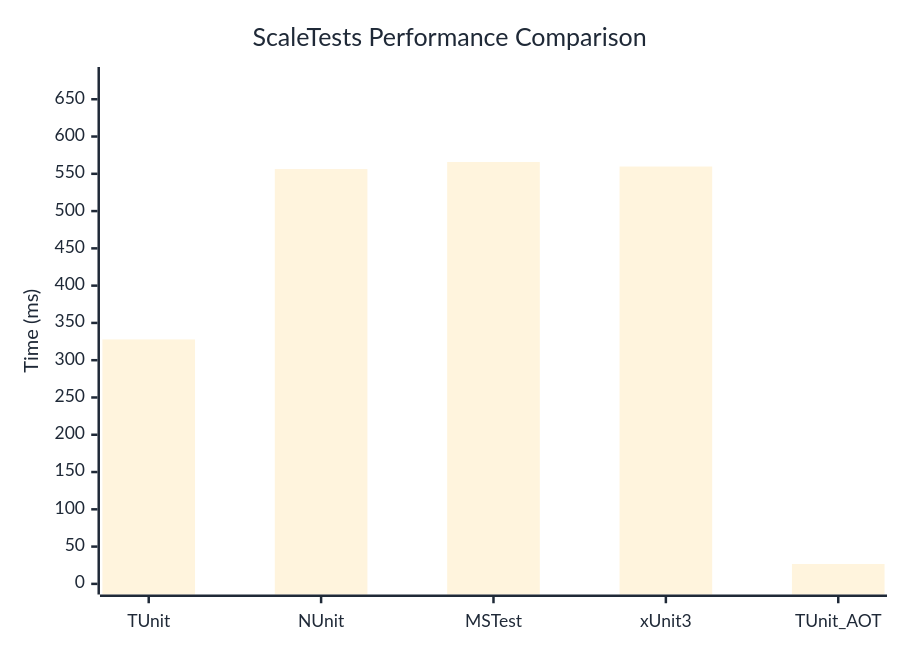
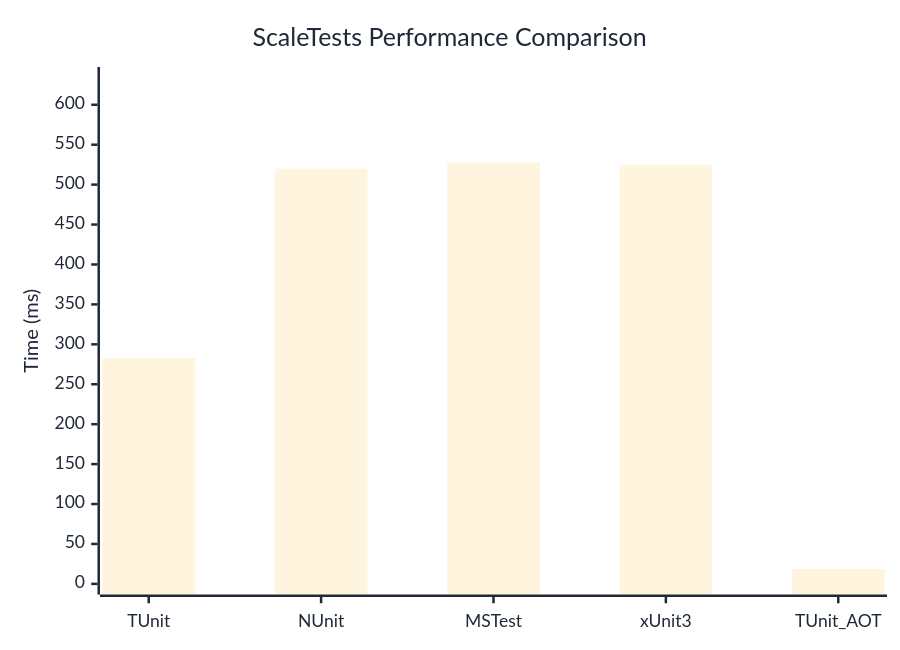
Before and after one commit to thomhurst/TUnit: the diagram in docs/docs/benchmarks/engine/ScaleTests.md, drawn with Mermaid. The commit also changed other lines of this file and 17 other files, not shown here.

````diff
--- a/docs/docs/benchmarks/engine/ScaleTests.md
+++ b/docs/docs/benchmarks/engine/ScaleTests.md
@@ -29,37 +29,37 @@
 ```mermaid
 %%{init: {
   'theme':'base',
   'themeVariables': {
     'primaryColor': '#2563eb',
     'primaryTextColor': '#1f2937',
     'primaryBorderColor': '#1e40af',
     'lineColor': '#6b7280',
     'secondaryColor': '#7c3aed',
     'tertiaryColor': '#dc2626',
     'background': '#ffffff',
     'mainBkg': '#2563eb',
     'secondBkg': '#7c3aed',
     'tertiaryBkg': '#dc2626',
     'clusterBkg': '#f3f4f6',
     'edgeLabelBackground': '#ffffff',
     'tertiaryTextColor': '#1f2937',
     'pie1': '#2563eb',
     'pie2': '#7c3aed',
     'pie3': '#dc2626',
     'pie4': '#f59e0b',
     'pie5': '#10b981',
     'pie6': '#06b6d4',
     'pie7': '#ec4899',
     'pie8': '#6366f1',
     'pie9': '#84cc16',
     'pie10': '#f97316',
     'pie11': '#14b8a6',
     'pie12': '#a855f7'
   }
 }}%%
 xychart-beta
   title "ScaleTests Performance Comparison"
   x-axis ["TUnit", "NUnit", "MSTest", "xUnit3", "TUnit_AOT"]
-  y-axis "Time (ms)" 0 --> 679
-  bar [327.87, 556.36, 565.79, 559.76, 26.65]
+  y-axis "Time (ms)" 0 --> 634
+  bar [282.76, 519.9, 527.67, 524.81, 18.43]
 ```
````
